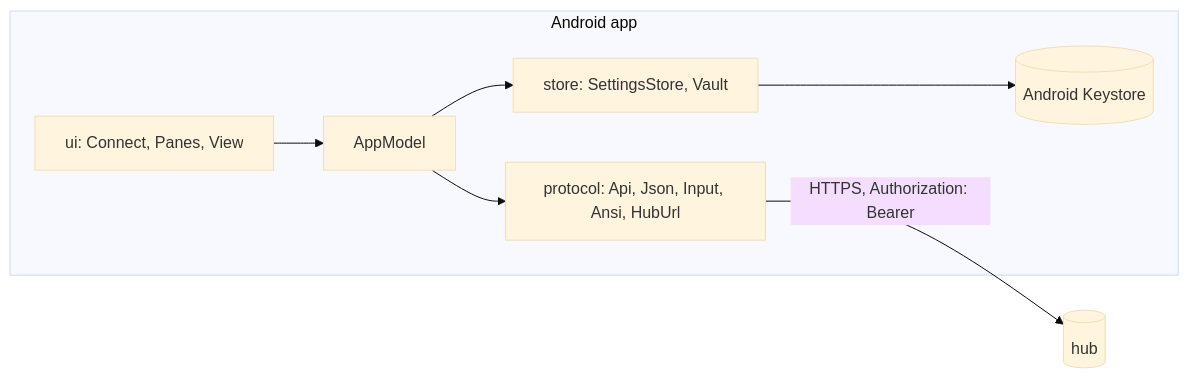
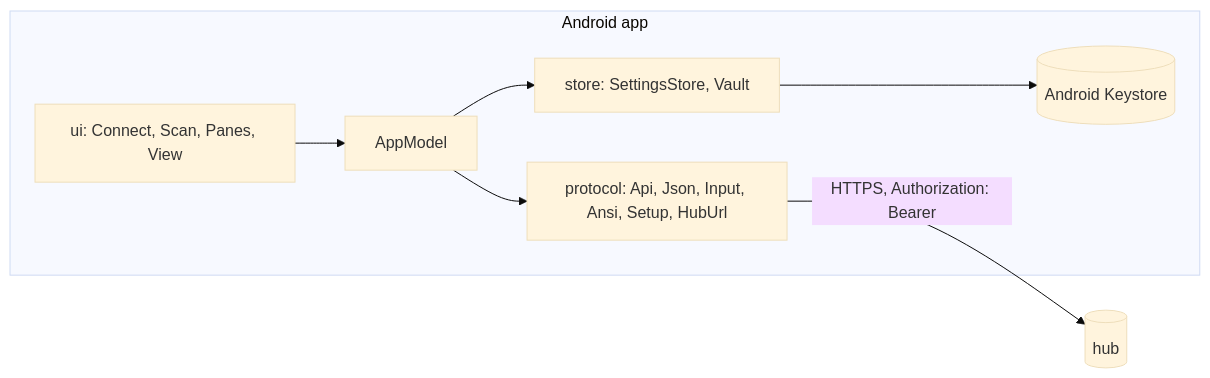
One commit to notmarkopadjen/muxway-android changed the first of 4 diagrams in docs/ARCHITECTURE.md. Above: the diagram before and after it, drawn with Mermaid (base theme). The commit also changed other lines of this file and 3 other files, not shown here.

````diff
--- a/docs/ARCHITECTURE.md
+++ b/docs/ARCHITECTURE.md
@@ -9,10 +9,10 @@
 ```mermaid
 flowchart LR
     subgraph app[Android app]
-        UI[ui: Connect, Panes, View] --> M[AppModel]
-        M --> P[protocol: Api, Json, Input, Ansi, HubUrl]
+        UI[ui: Connect, Scan, Panes, View] --> M[AppModel]
+        M --> P[protocol: Api, Json, Input, Ansi, Setup, HubUrl]
         M --> S[store: SettingsStore, Vault]
         S --> KS[(Android Keystore)]
     end
     P -- "HTTPS, Authorization: Bearer" --> H[(hub)]
 ```
````
